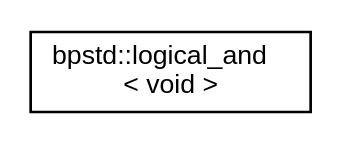
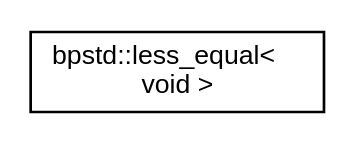
Before and after one commit to bitwizeshift/BackportCpp: the diagram in api/latest/inherit_graph_35.dot, drawn with Graphviz. The commit also changed 104 other files, not shown here.

```diff
--- a/api/latest/inherit_graph_35.dot
+++ b/api/latest/inherit_graph_35.dot
@@ -1,7 +1,7 @@
 digraph "Graphical Class Hierarchy"
 {
   edge [fontname="Helvetica",fontsize="10",labelfontname="Helvetica",labelfontsize="10"];
   node [fontname="Helvetica",fontsize="10",shape=record];
   rankdir="LR";
-  Node0 [label="bpstd::logical_and\l\< void \>",height=0.2,width=0.4,color="black", fillcolor="white", style="filled",URL="$d7/dbb/structbpstd_1_1logical__and_3_01void_01_4.html"];
+  Node0 [label="bpstd::less_equal\<\l void \>",height=0.2,width=0.4,color="black", fillcolor="white", style="filled",URL="$d1/de7/structbpstd_1_1less__equal_3_01void_01_4.html"];
 }
```
